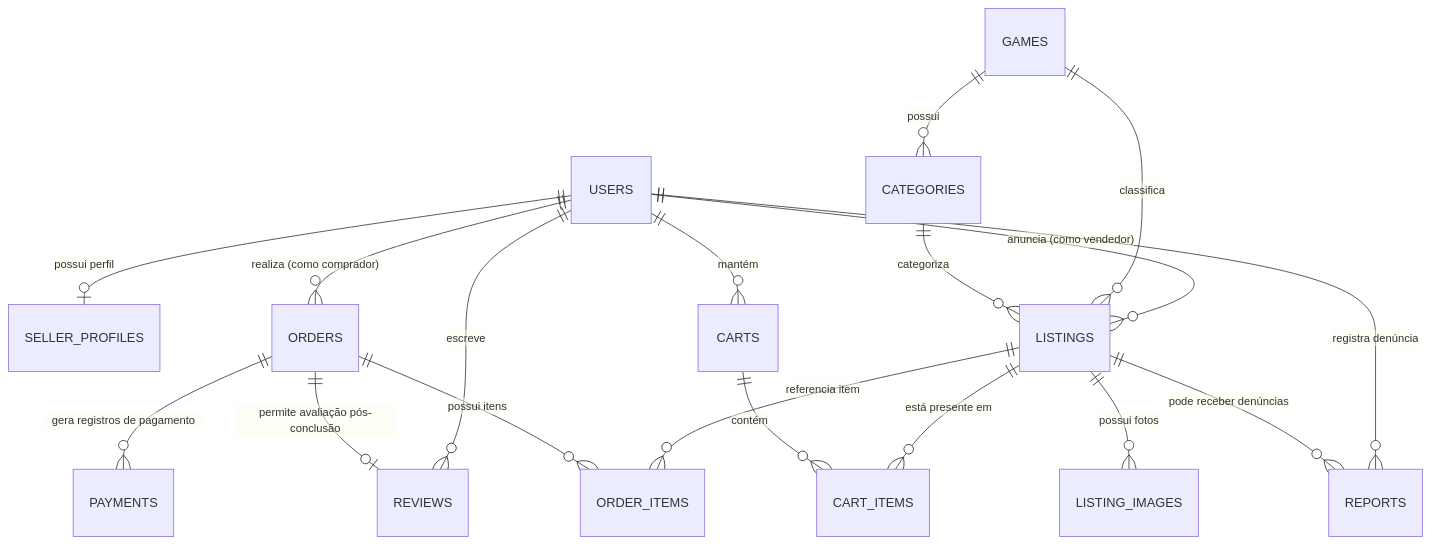
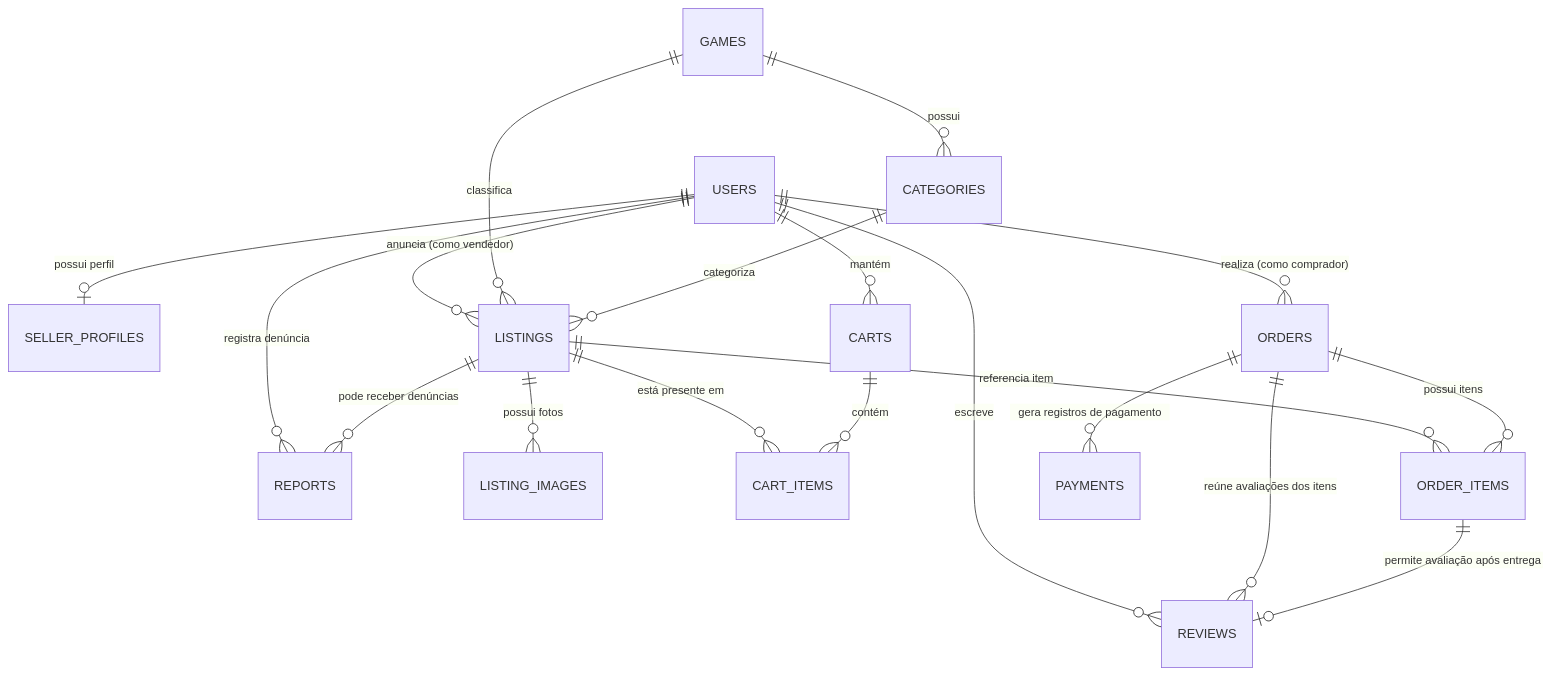
One commit to IgorMarcoli/TheMerchant changed the third of 3 diagrams in README.md. Above: the diagram before and after it, drawn with Mermaid. The commit also changed other lines of this file, not shown here.

First line of the commit message:
docs(readme): restaurar organizacao do readme e corrigir sintaxe do diagrama mermaid

````diff
--- a/README.md
+++ b/README.md
@@ -309,24 +371,25 @@
 ```mermaid
 erDiagram
     USERS ||--o| SELLER_PROFILES : "possui perfil"
     USERS ||--o{ LISTINGS : "anuncia (como vendedor)"
     USERS ||--o{ ORDERS : "realiza (como comprador)"
     USERS ||--o{ CARTS : "mantém"
     USERS ||--o{ REVIEWS : "escreve"
     USERS ||--o{ REPORTS : "registra denúncia"
 
     GAMES ||--o{ CATEGORIES : "possui"
     GAMES ||--o{ LISTINGS : "classifica"
     CATEGORIES ||--o{ LISTINGS : "categoriza"
 
     LISTINGS ||--o{ LISTING_IMAGES : "possui fotos"
     LISTINGS ||--o{ CART_ITEMS : "está presente em"
     LISTINGS ||--o{ ORDER_ITEMS : "referencia item"
     LISTINGS ||--o{ REPORTS : "pode receber denúncias"
 
     CARTS ||--o{ CART_ITEMS : "contém"
 
     ORDERS ||--o{ ORDER_ITEMS : "possui itens"
     ORDERS ||--o{ PAYMENTS : "gera registros de pagamento"
-    ORDERS ||--o| REVIEWS : "permite avaliação pós-conclusão"
+    ORDERS ||--o{ REVIEWS : "reúne avaliações dos itens"
+    ORDER_ITEMS ||--o| REVIEWS : "permite avaliação após entrega"
 ```
````
